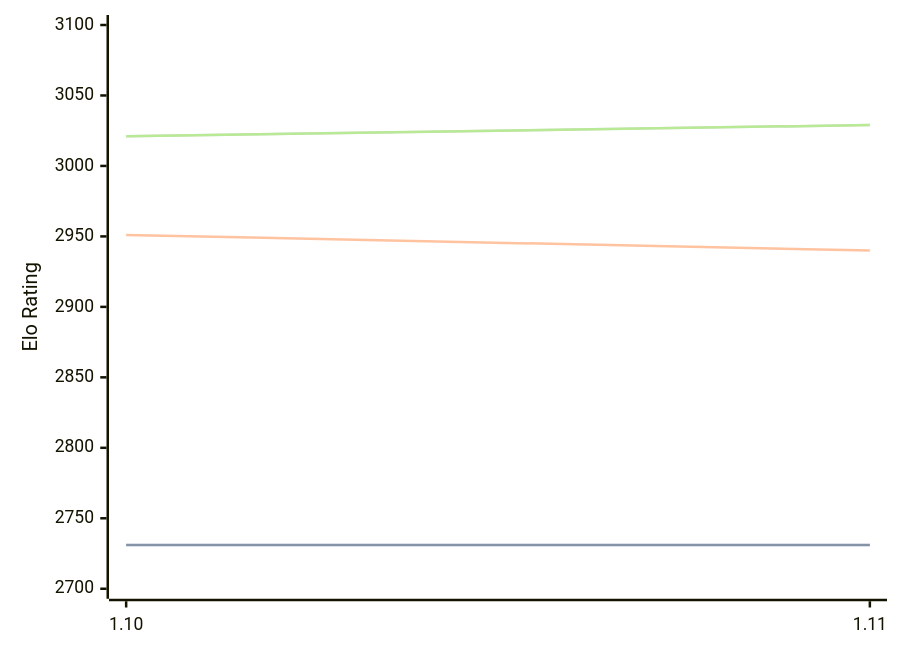
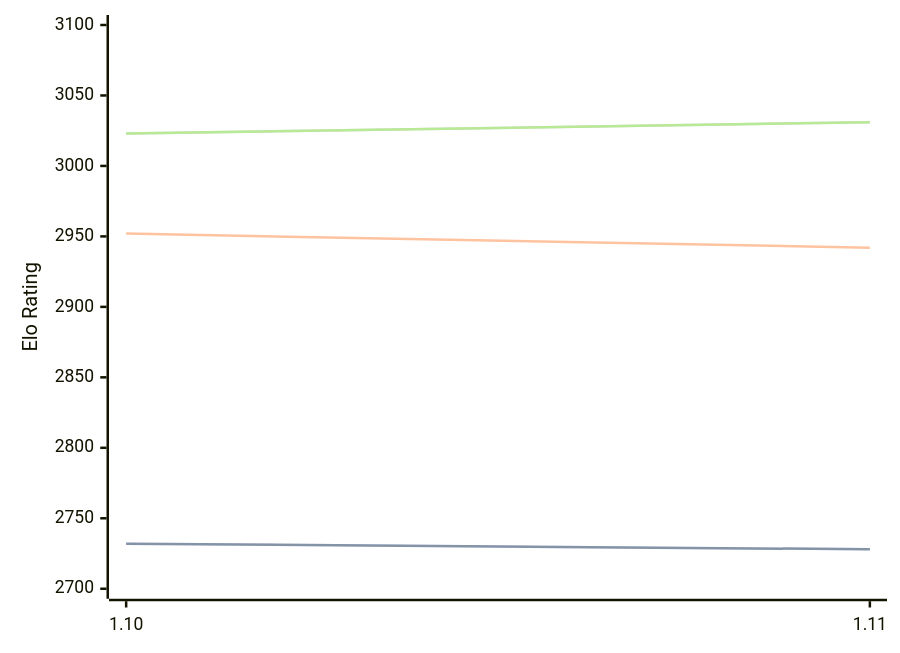
The diagram in engines/Roc.md (computer-chess-index/cci), drawn with Mermaid before and after one commit. The commit also changed other lines of this file, not shown here.

Commit message:
Update CCI Ratings (ELO VLTC) - 2026-08-21

````diff
--- a/engines/Roc.md
+++ b/engines/Roc.md
@@ -42,11 +42,11 @@
 ```mermaid
 %%{init: {"theme":"base","themeVariables":{"seriesColors:['#a3a3a3','#222221','#faa371']}}}%%
 xychart-beta
   x-axis ["1.10", "1.11"]
   y-axis "Elo Rating" 2700 --> 3100
-  line "STC (8.0+0.08s)" [2731, 2731]
-  line "STC (8.0+0.08s)" [2731, 2731]
-  line "LTC (60.0+0.60s)" [2951, 2940]
-  line "VLTC (2m24s+1.12s)" [3021, 3029]
-  line "VLTC (2m24s+1.12s)" [3021, 3029]
+  line "STC (8.0+0.08s)" [2732, 2728]
+  line "STC (8.0+0.08s)" [2732, 2728]
+  line "LTC (60.0+0.60s)" [2952, 2942]
+  line "VLTC (2m24s+1.12s)" [3023, 3031]
+  line "VLTC (2m24s+1.12s)" [3023, 3031]
 ```
````
